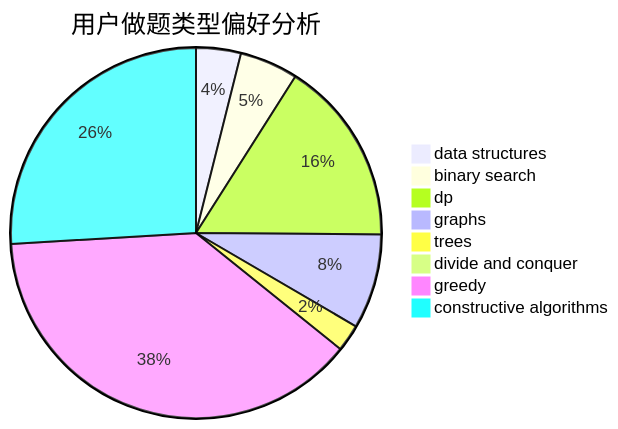
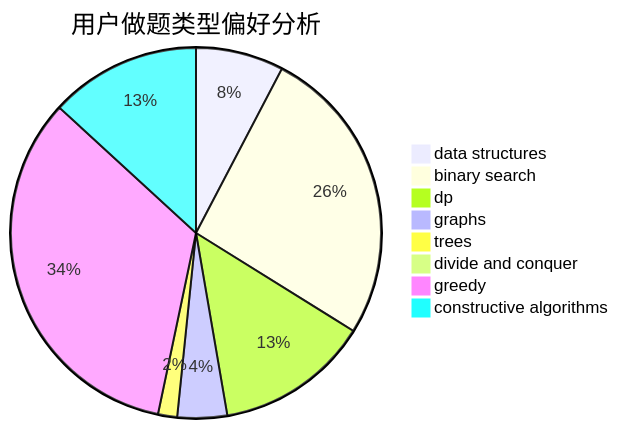
Before and after one commit to sherpahu/cfrs.github.io: the second of 3 diagrams in docs/user/u667.md, drawn with Mermaid. The commit also changed other lines of this file and 2770 other files, not shown here.

````diff
--- a/docs/user/u667.md
+++ b/docs/user/u667.md
@@ -23,11 +23,11 @@
 ```mermaid
 pie title 用户做题类型偏好分析
-    "data structures" :  33
-    "binary search" :  43
-    "dp" :  136
-    "graphs" :  70
+    "data structures" :  92
+    "binary search" :  314
+    "dp" :  161
+    "graphs" :  52
     "trees" :  20
-    "divide and conquer" :  6
-    "greedy" :  323
-    "constructive algorithms" :  219
+    "divide and conquer" :  0
+    "greedy" :  402
+    "constructive algorithms" :  158
 ```
````
